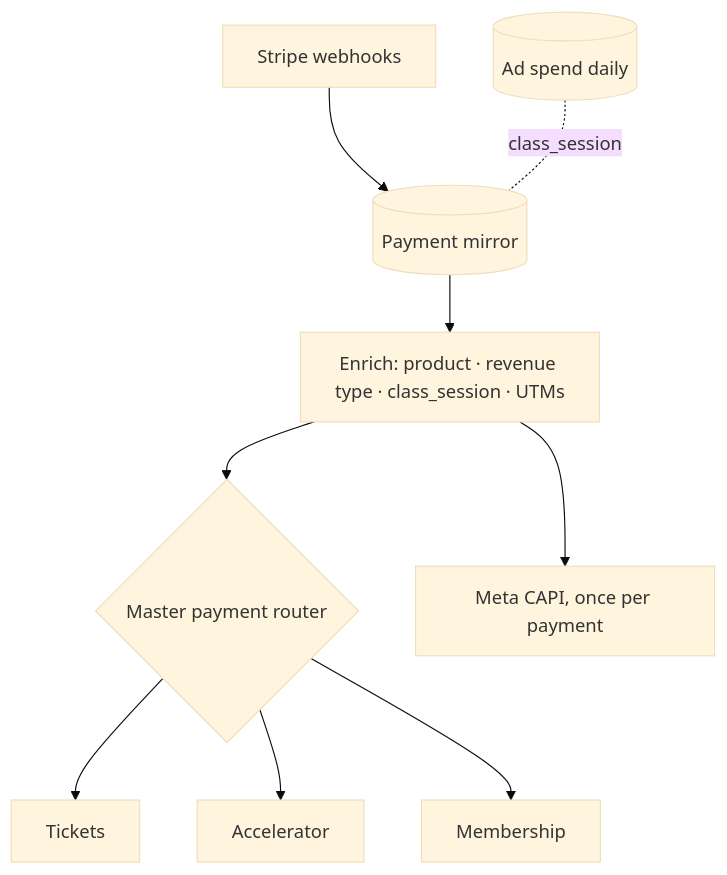
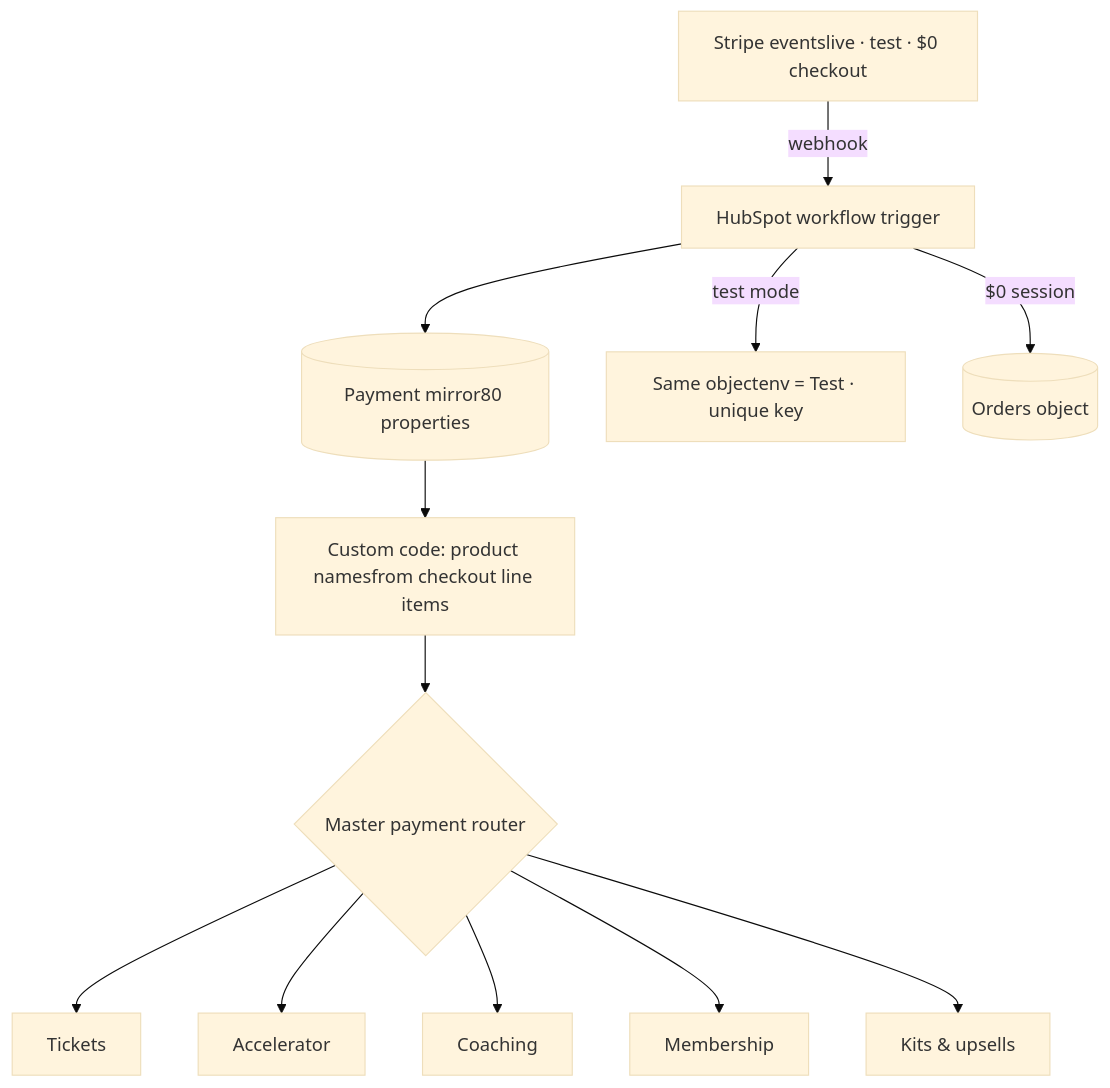
Before and after one commit to carljibrilsulaimanii/solutions-architecture-portfolio: the second of 23 diagrams in README.md, drawn with Mermaid (base theme). The commit also changed other lines of this file, not shown here.

````diff
--- a/README.md
+++ b/README.md
@@ -13,11 +116,14 @@
 ```mermaid
 flowchart TD
-  ST[Stripe webhooks] --> PM[(Payment mirror)]
-  PM --> EN[Enrich: product · revenue type · class_session · UTMs]
+  ST[Stripe eventslive · test · $0 checkout] -- webhook --> HS[HubSpot workflow trigger]
+  HS --> PM[(Payment mirror80 properties)]
+  HS -- test mode --> TM[Same objectenv = Test · unique key]
+  HS -- $0 session --> OR[(Orders object)]
+  PM --> EN[Custom code: product namesfrom checkout line items]
   EN --> R{Master payment router}
   R --> T1[Tickets]
   R --> T2[Accelerator]
-  R --> T3[Membership]
-  EN --> CAPI[Meta CAPI, once per payment]
-  AD[(Ad spend daily)] -. class_session .- PM
+  R --> T3[Coaching]
+  R --> T4[Membership]
+  R --> T5[Kits & upsells]
 ```
````
